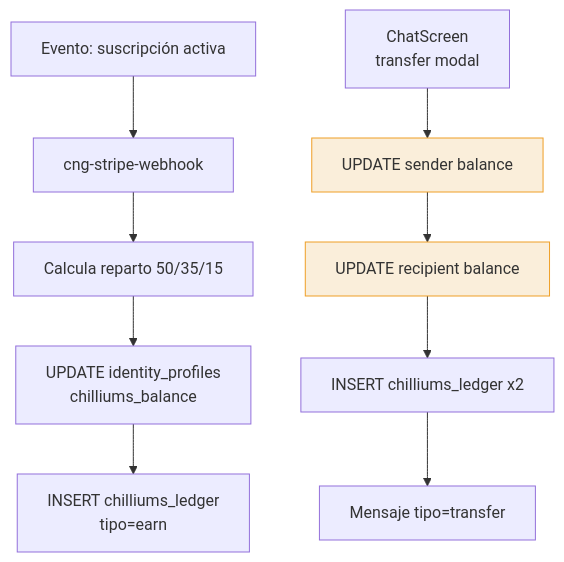
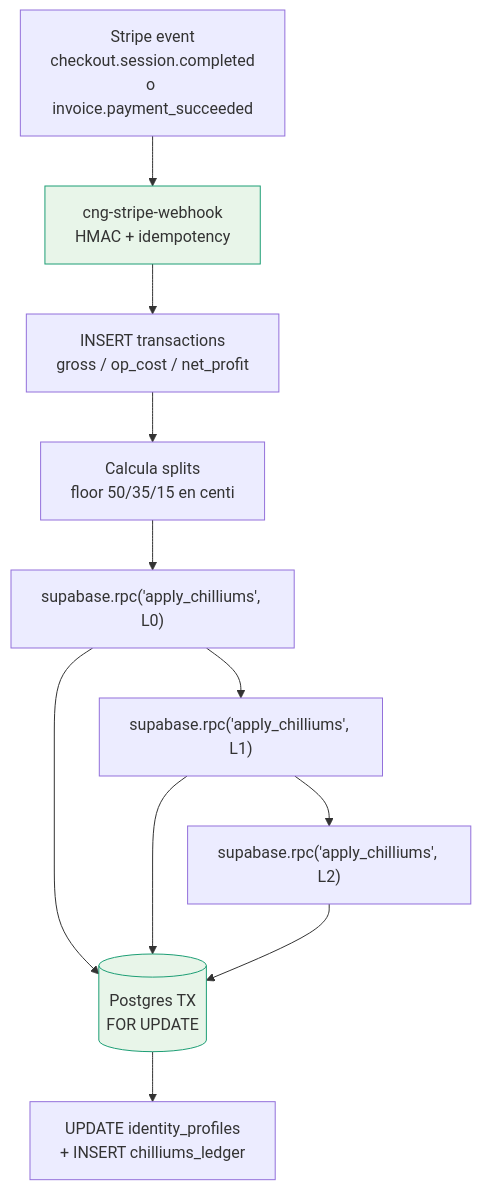
One commit to chillngointernational/chill-n-go-international changed the tenth of 10 diagrams in CNG_PLUS_ARCHITECTURE.md. Above: the diagram before and after it, drawn with Mermaid. The commit also changed other lines of this file, not shown here.

First line of the commit message:
docs(architecture): reflect banking-grade Chilliums + messaging features

````diff
--- a/CNG_PLUS_ARCHITECTURE.md
+++ b/CNG_PLUS_ARCHITECTURE.md
@@ -467,14 +498,16 @@
 ```mermaid
 flowchart TD
-    A[Evento: suscripción activa] --> B[cng-stripe-webhook]
-    B --> C[Calcula reparto 50/35/15]
-    C --> D[UPDATE identity_profiles<br/>chilliums_balance]
-    D --> E[INSERT chilliums_ledger<br/>tipo=earn]
-    F[ChatScreen<br/>transfer modal] --> G[UPDATE sender balance]
-    G --> H[UPDATE recipient balance]
-    H --> I[INSERT chilliums_ledger x2]
-    I --> J[Mensaje tipo=transfer]
+    A[Stripe event<br/>checkout.session.completed<br/>o invoice.payment_succeeded] --> B[cng-stripe-webhook<br/>HMAC + idempotency]
+    B --> C[INSERT transactions<br/>gross / op_cost / net_profit]
+    C --> D[Calcula splits<br/>floor 50/35/15 en centi]
+    D --> E["supabase.rpc('apply_chilliums', L0)"]
+    E --> F["supabase.rpc('apply_chilliums', L1)"]
+    F --> G["supabase.rpc('apply_chilliums', L2)"]
+    E --> H[(Postgres TX<br/>FOR UPDATE)]
+    F --> H
+    G --> H
+    H --> I[UPDATE identity_profiles<br/>+ INSERT chilliums_ledger]
 
-    style G fill:#FAEEDA,stroke:#EF9F27
-    style H fill:#FAEEDA,stroke:#EF9F27
+    style B fill:#E8F5E9,stroke:#1D9E75
+    style H fill:#E8F5E9,stroke:#1D9E75
 ```
````
